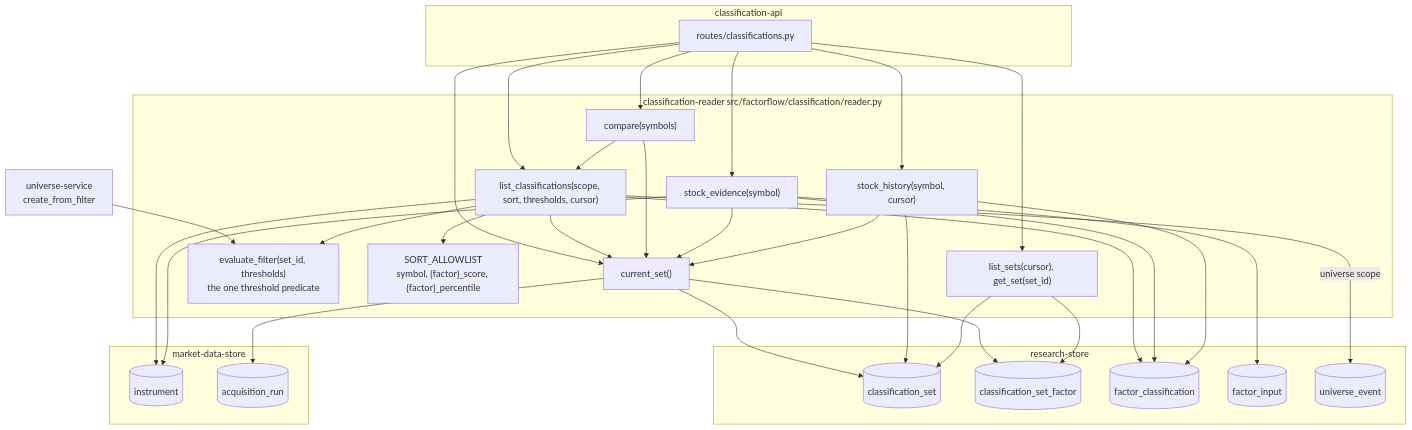
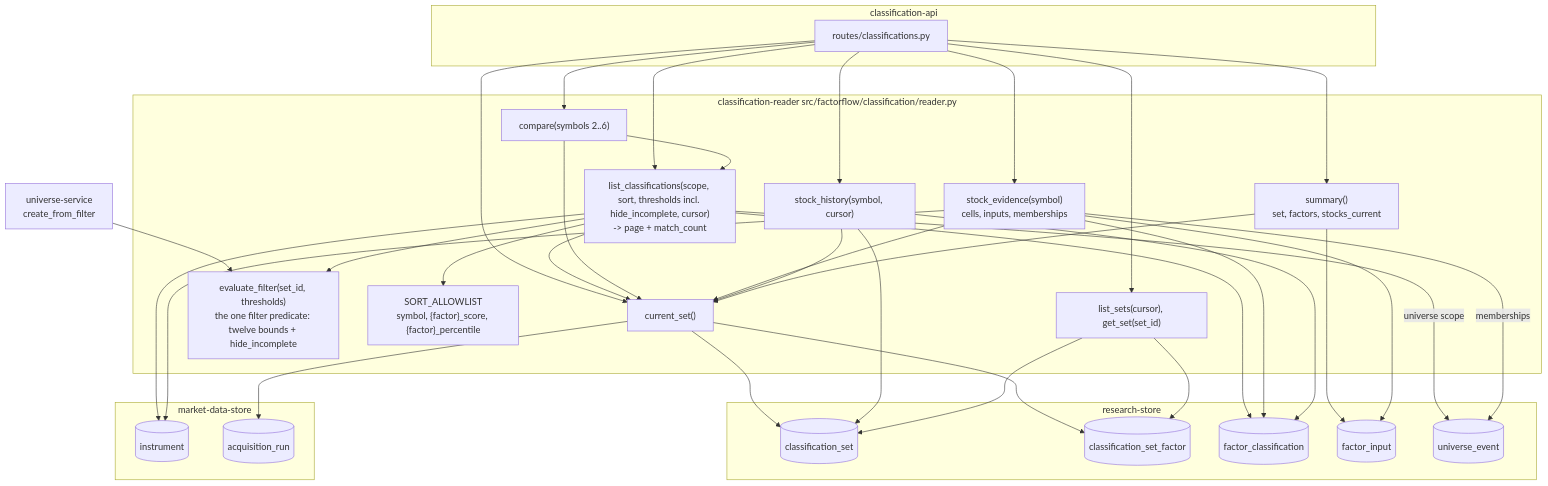
Before and after one commit to ajodraca/FactorFlow-v2: the first of 2 diagrams in docs/capabilities/CAP-002-universe-and-factor-classification/design/component-design-classification-reader.md, drawn with Mermaid. The commit also changed other lines of this file and 2 other files, not shown here.

````diff
--- a/docs/capabilities/CAP-002-universe-and-factor-classification/design/component-design-classification-reader.md
+++ b/docs/capabilities/CAP-002-universe-and-factor-classification/design/component-design-classification-reader.md
@@ -122,40 +157,44 @@
 ```mermaid
 flowchart TB
     subgraph API["classification-api"]
         RC["routes/classifications.py"]
     end
     US["universe-service<br/>create_from_filter"]
     subgraph RD["classification-reader  src/factorflow/classification/reader.py"]
         CS["current_set()"]
-        LS["list_classifications(scope, sort, thresholds, cursor)"]
-        CP["compare(symbols)"]
-        EV["stock_evidence(symbol)"]
+        SM["summary()<br/>set, factors, stocks_current"]
+        LS["list_classifications(scope, sort, thresholds incl. hide_incomplete, cursor)<br/>-> page + match_count"]
+        CP["compare(symbols 2..6)"]
+        EV["stock_evidence(symbol)<br/>cells, inputs, memberships"]
         HI["stock_history(symbol, cursor)"]
         SE["list_sets(cursor), get_set(set_id)"]
-        EF["evaluate_filter(set_id, thresholds)<br/>the one threshold predicate"]
+        EF["evaluate_filter(set_id, thresholds)<br/>the one filter predicate: twelve bounds + hide_incomplete"]
         SA["SORT_ALLOWLIST<br/>symbol, {factor}_score, {factor}_percentile"]
     end
     subgraph RS["research-store"]
         T1[("classification_set")]
         T2[("classification_set_factor")]
         T3[("factor_classification")]
         T4[("factor_input")]
         T5[("universe_event")]
     end
     subgraph MDS["market-data-store"]
         INS[("instrument")]
         AR[("acquisition_run")]
     end
-    RC --> CS & LS & CP & EV & HI & SE
+    RC --> CS & SM & LS & CP & EV & HI & SE
     US --> EF
     LS --> CS & EF & SA
     CP --> CS & LS
     EV --> CS
     HI --> CS
+    SM --> CS
     CS --> T1 & T2 & AR
+    SM --> T4
     LS --> T3 & INS
     LS -->|universe scope| T5
     EV --> T3 & T4 & INS
+    EV -->|memberships| T5
     HI --> T3 & T1
     SE --> T1 & T2
 ```
````
